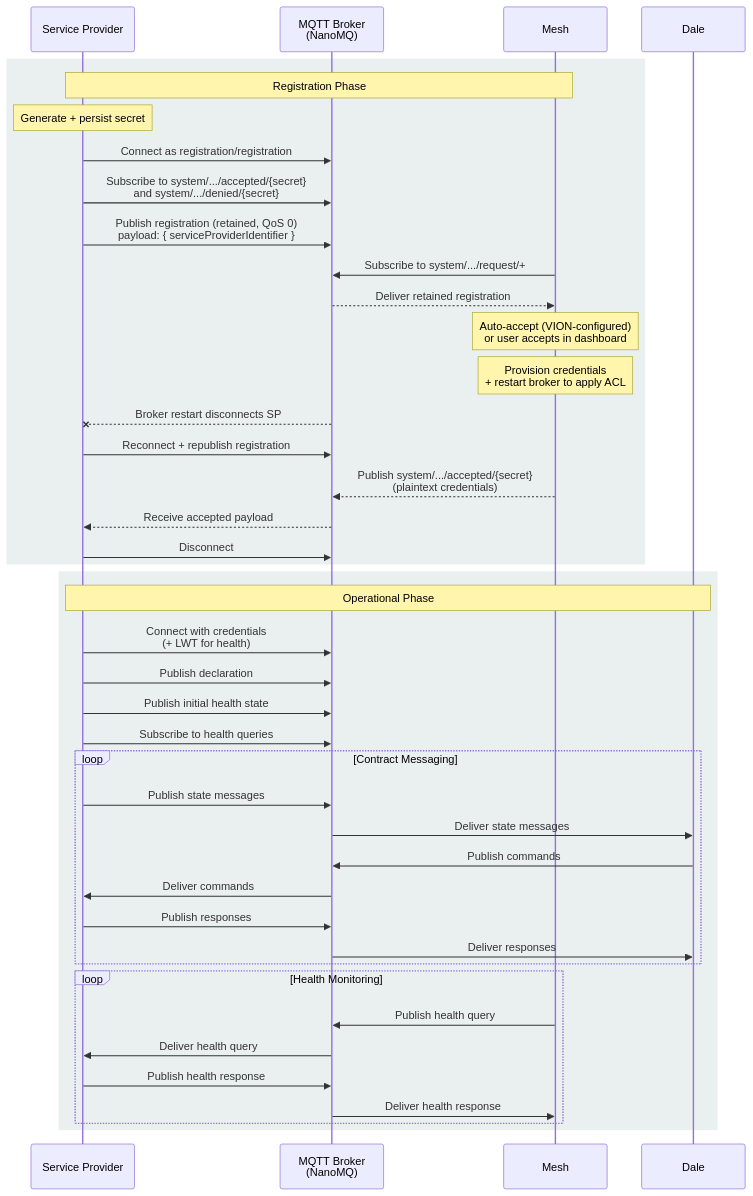
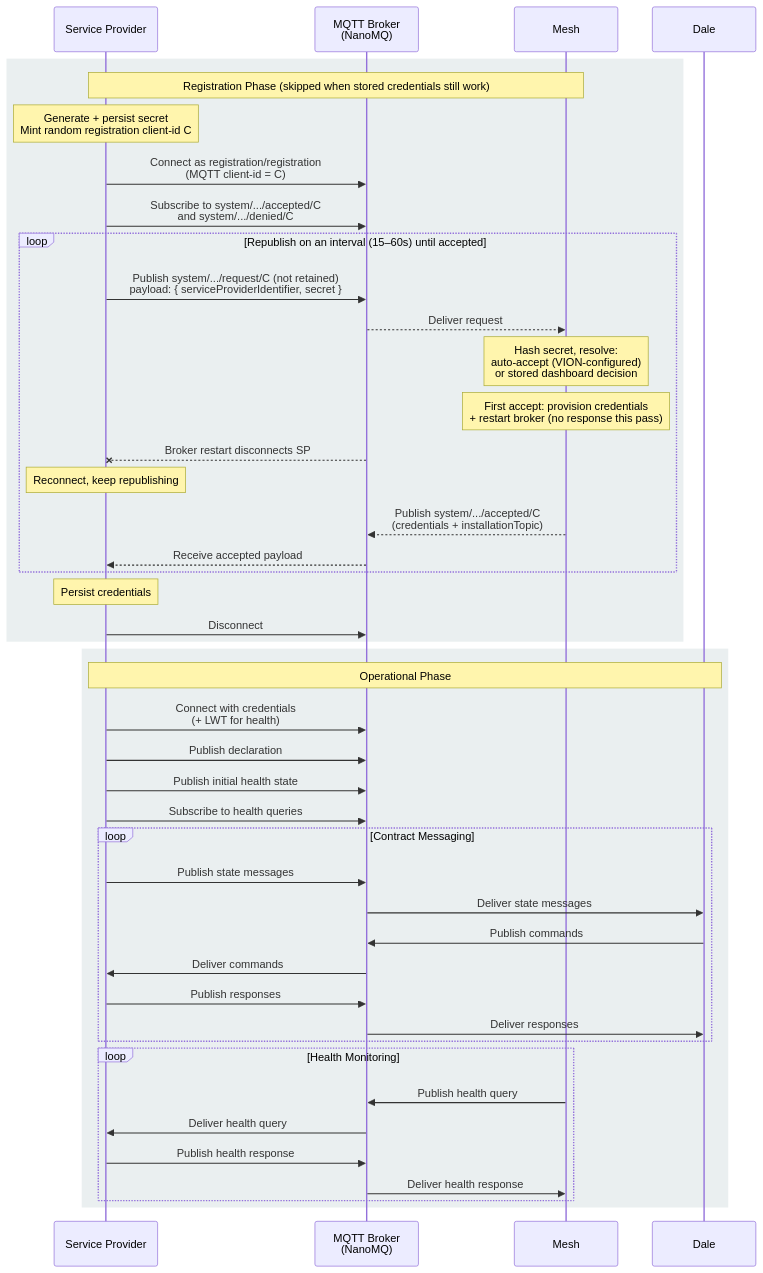
One commit to VION-IoT/documentation changed the second of 2 diagrams in docs/sdk/service-provider-protocol.md. Above: the diagram before and after it, drawn with Mermaid. The commit also changed other lines of this file, not shown here.

Commit message:
Rewrite the service-provider protocol registration contract for gateway-suite 6.0.0 — client-id-routed topics, secret in the payload, republish loop replacing retain, credential storage options and reconnect rules

````diff
--- a/docs/sdk/service-provider-protocol.md
+++ b/docs/sdk/service-provider-protocol.md
@@ -614,48 +631,50 @@
 ```mermaid
 sequenceDiagram
     participant SP as Service Provider
     participant B as MQTT Broker<br/>(NanoMQ)
     participant M as Mesh
     participant D as Dale
 
     rect rgb(50, 101, 108, 0.1)
-    Note over SP,M: Registration Phase
-    Note over SP: Generate + persist secret
-    SP->>B: Connect as registration/registration
-    SP->>B: Subscribe to system/.../accepted/{secret}<br/>and system/.../denied/{secret}
-    SP->>B: Publish registration (retained, QoS 0)<br/>payload: { serviceProviderIdentifier }
-    M->>B: Subscribe to system/.../request/+
-    B-->>M: Deliver retained registration
-    Note over M: Auto-accept (VION-configured)<br/>or user accepts in dashboard
-    Note over M: Provision credentials<br/>+ restart broker to apply ACL
+    Note over SP,M: Registration Phase (skipped when stored credentials still work)
+    Note over SP: Generate + persist secret<br/>Mint random registration client-id C
+    SP->>B: Connect as registration/registration<br/>(MQTT client-id = C)
+    SP->>B: Subscribe to system/.../accepted/C<br/>and system/.../denied/C
+    loop Republish on an interval (15–60s) until accepted
+    SP->>B: Publish system/.../request/C (not retained)<br/>payload: { serviceProviderIdentifier, secret }
+    B-->>M: Deliver request
+    Note over M: Hash secret, resolve:<br/>auto-accept (VION-configured)<br/>or stored dashboard decision
+    Note over M: First accept: provision credentials<br/>+ restart broker (no response this pass)
     B--xSP: Broker restart disconnects SP
-    SP->>B: Reconnect + republish registration
-    M-->>B: Publish system/.../accepted/{secret}<br/>(plaintext credentials)
+    Note over SP: Reconnect, keep republishing
+    M-->>B: Publish system/.../accepted/C<br/>(credentials + installationTopic)
     B-->>SP: Receive accepted payload
+    end
+    Note over SP: Persist credentials
     SP->>B: Disconnect
     end
 
     rect rgb(50, 101, 108, 0.1)
     Note over SP,D: Operational Phase
     SP->>B: Connect with credentials<br/>(+ LWT for health)
     SP->>B: Publish declaration
     SP->>B: Publish initial health state
     SP->>B: Subscribe to health queries
 
     loop Contract Messaging
         SP->>B: Publish state messages
         B->>D: Deliver state messages
         D->>B: Publish commands
         B->>SP: Deliver commands
         SP->>B: Publish responses
         B->>D: Deliver responses
     end
 
     loop Health Monitoring
         M->>B: Publish health query
         B->>SP: Deliver health query
         SP->>B: Publish health response
         B->>M: Deliver health response
     end
     end
 ```
````
